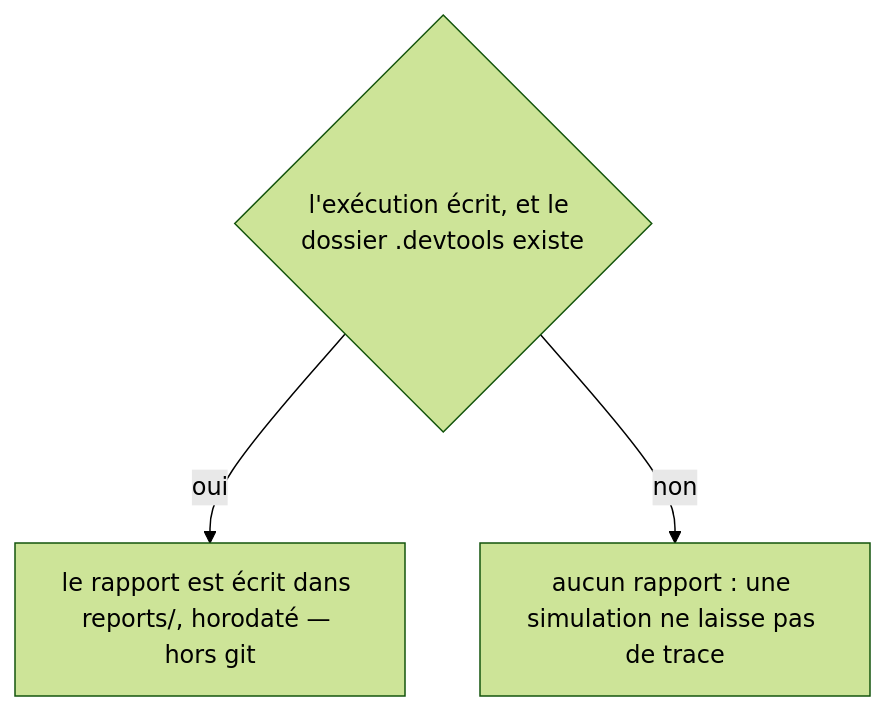
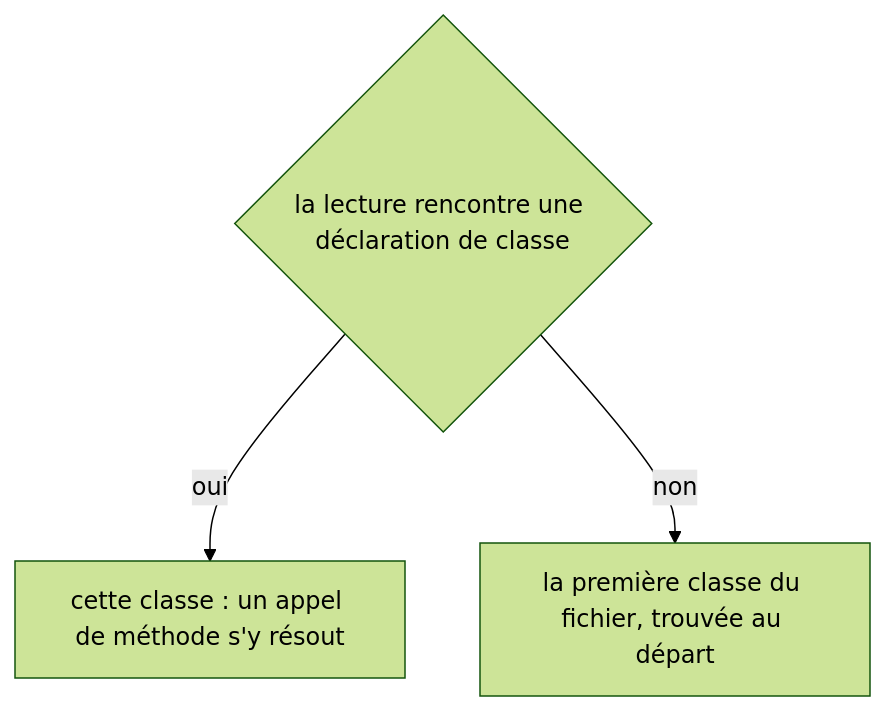
Before and after one commit to jul6art/devtools: the eighth of 9 diagrams in docs/workflows/commands/workflows.check.md, drawn with Mermaid (forest theme). The commit also changed other lines of this file and 98 other files, not shown here.

````diff
--- a/docs/workflows/commands/workflows.check.md
+++ b/docs/workflows/commands/workflows.check.md
@@ -111,6 +107,6 @@
 ```mermaid
 flowchart TD
-  d1{"l'exécution écrit, et le dossier .devtools existe"}
-  d1 -->|oui| v1["le rapport est écrit dans reports/, horodaté — hors git"]
-  d1 -->|non| v2["aucun rapport : une simulation ne laisse pas de trace"]
+  d1{"la lecture rencontre une déclaration de classe"}
+  d1 -->|oui| v1["cette classe : un appel de méthode s'y résout"]
+  d1 -->|non| v2["la première classe du fichier, trouvée au départ"]
 ```
````
